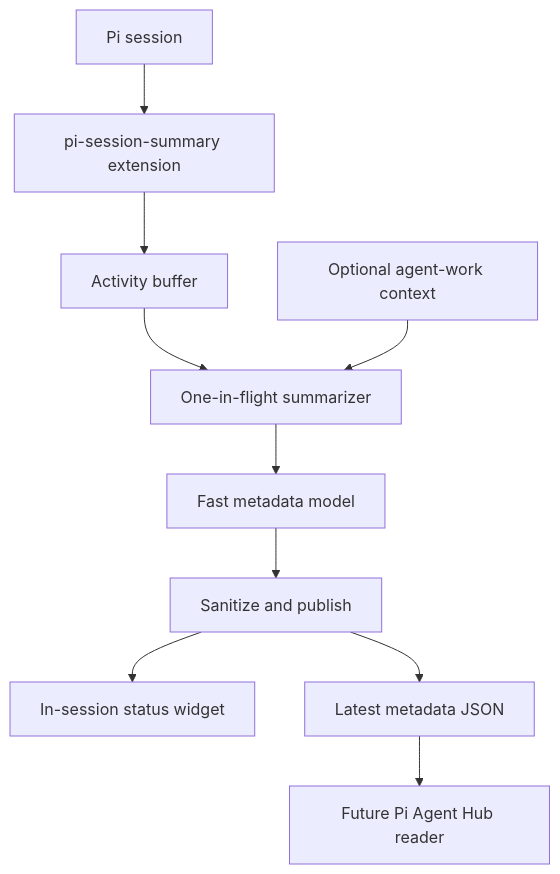
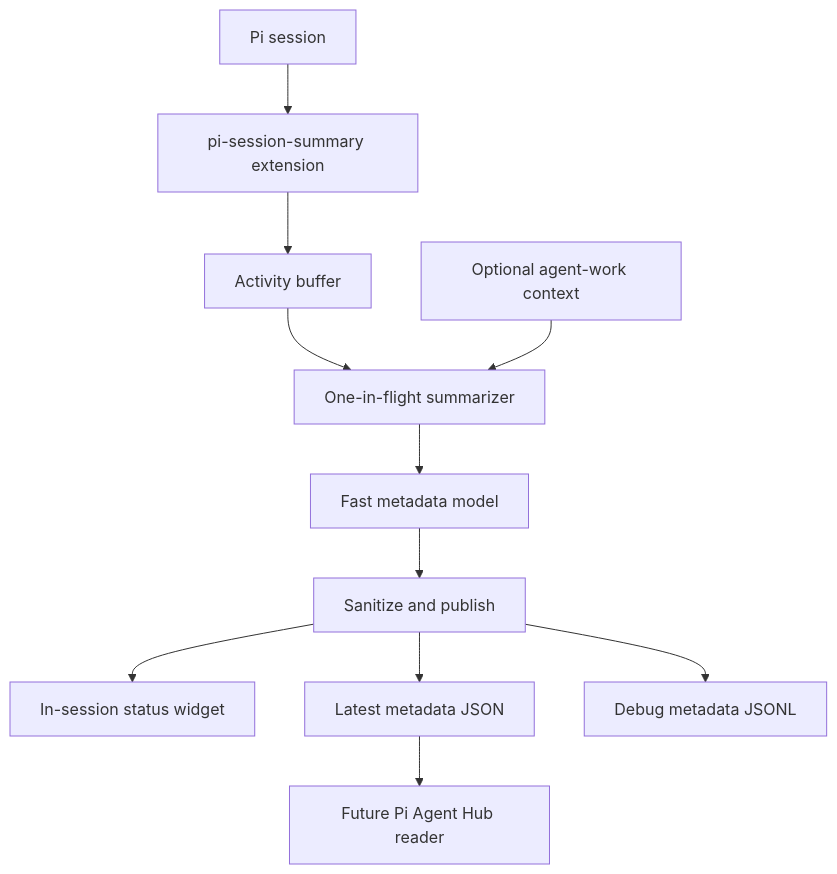
The diagram in docs/STRUCTURE.md (masta-g3/pi-session-summary), drawn with Mermaid before and after one commit. The commit also changed other lines of this file and 7 other files, not shown here.

First line of the commit message:
Add opt-in metadata derivation history logging.

````diff
--- a/docs/STRUCTURE.md
+++ b/docs/STRUCTURE.md
@@ -45,12 +46,13 @@
 ```mermaid
 flowchart TD
   Session[Pi session] --> Extension[pi-session-summary extension]
   Extension --> Activity[Activity buffer]
   Activity --> Scheduler[One-in-flight summarizer]
   Workflow[Optional agent-work context] --> Scheduler
   Scheduler --> Model[Fast metadata model]
   Model --> Publish[Sanitize and publish]
   Publish --> Widget[In-session status widget]
   Publish --> State[Latest metadata JSON]
+  Publish --> History[Debug metadata JSONL]
   State --> Hub[Future Pi Agent Hub reader]
 ```
````
